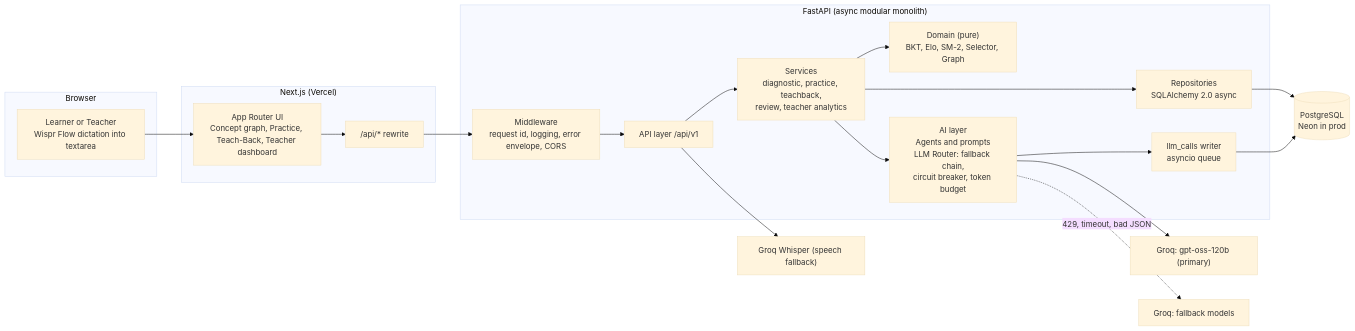
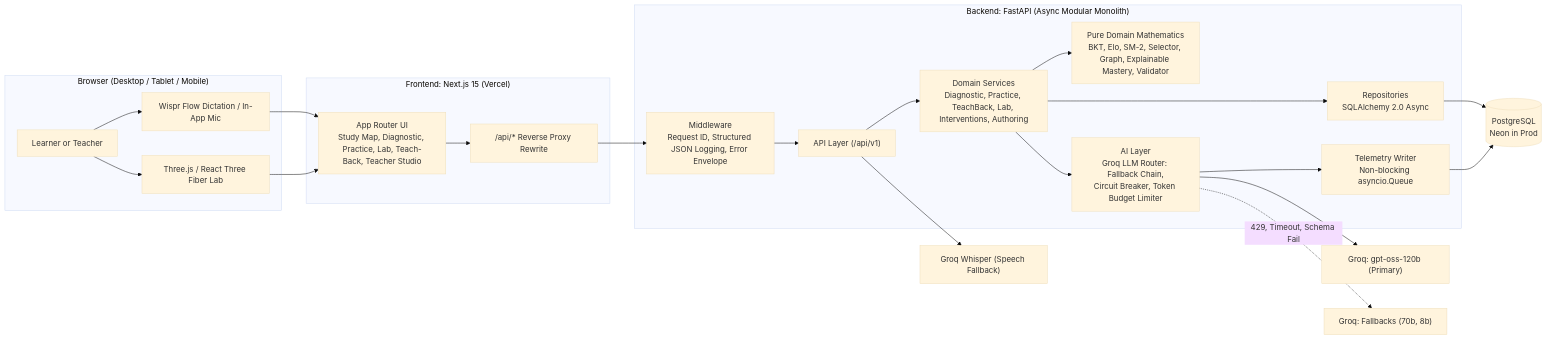
Before and after one commit to Pranav-Pardeshii/dialecto: the first of 2 diagrams in README.md, drawn with Mermaid (base theme). The commit also changed other lines of this file, not shown here.

````diff
--- a/README.md
+++ b/README.md
@@ -29,35 +82,39 @@
 ```mermaid
 flowchart LR
-  subgraph Client["Browser"]
-    U["Learner or Teacher<br/>Wispr Flow dictation into textarea"]
+  subgraph Client["Browser (Desktop / Tablet / Mobile)"]
+    U["Learner or Teacher"]
+    W["Wispr Flow Dictation / In-App Mic"]
+    T3D["Three.js / React Three Fiber Lab"]
   end
 
-  subgraph FE["Next.js (Vercel)"]
-    UI["App Router UI<br/>Concept graph, Practice, Teach-Back, Teacher dashboard"]
-    RW["/api/* rewrite"]
+  subgraph FE["Frontend: Next.js 15 (Vercel)"]
+    UI["App Router UI<br/>Study Map, Diagnostic, Practice, Lab, Teach-Back, Teacher Studio"]
+    RW["/api/* Reverse Proxy Rewrite"]
   end
 
-  subgraph BE["FastAPI (async modular monolith)"]
-    MW["Middleware<br/>request id, logging, error envelope, CORS"]
-    API["API layer /api/v1"]
-    SVC["Services<br/>diagnostic, practice, teachback,<br/>review, teacher analytics"]
-    DOM["Domain (pure)<br/>BKT, Elo, SM-2, Selector, Graph"]
-    REPO["Repositories<br/>SQLAlchemy 2.0 async"]
-    AI["AI layer<br/>Agents and prompts<br/>LLM Router: fallback chain,<br/>circuit breaker, token budget"]
-    LOG["llm_calls writer<br/>asyncio queue"]
+  subgraph BE["Backend: FastAPI (Async Modular Monolith)"]
+    MW["Middleware<br/>Request ID, Structured JSON Logging, Error Envelope"]
+    API["API Layer (/api/v1)"]
+    SVC["Domain Services<br/>Diagnostic, Practice, TeachBack, Lab, Interventions, Authoring"]
+    DOM["Pure Domain Mathematics<br/>BKT, Elo, SM-2, Selector, Graph, Explainable Mastery, Validator"]
+    REPO["Repositories<br/>SQLAlchemy 2.0 Async"]
+    AI["AI Layer<br/>Groq LLM Router: Fallback Chain,<br/>Circuit Breaker, Token Budget Limiter"]
+    LOG["Telemetry Writer<br/>Non-blocking asyncio.Queue"]
   end
 
-  DB[("PostgreSQL<br/>Neon in prod")]
-  G1["Groq: gpt-oss-120b (primary)"]
-  G2["Groq: fallback models"]
-  WH["Groq Whisper (speech fallback)"]
+  DB[("PostgreSQL<br/>Neon in Prod")]
+  G1["Groq: gpt-oss-120b (Primary)"]
+  G2["Groq: Fallbacks (70b, 8b)"]
+  WH["Groq Whisper (Speech Fallback)"]
 
-  U --> UI --> RW --> MW --> API --> SVC
+  U --> W --> UI
+  U --> T3D --> UI
+  UI --> RW --> MW --> API --> SVC
   SVC --> DOM
   SVC --> REPO --> DB
   SVC --> AI
   AI --> G1
-  AI -. "429, timeout, bad JSON" .-> G2
+  AI -. "429, Timeout, Schema Fail" .-> G2
   API --> WH
   AI --> LOG --> DB
 ```
````
